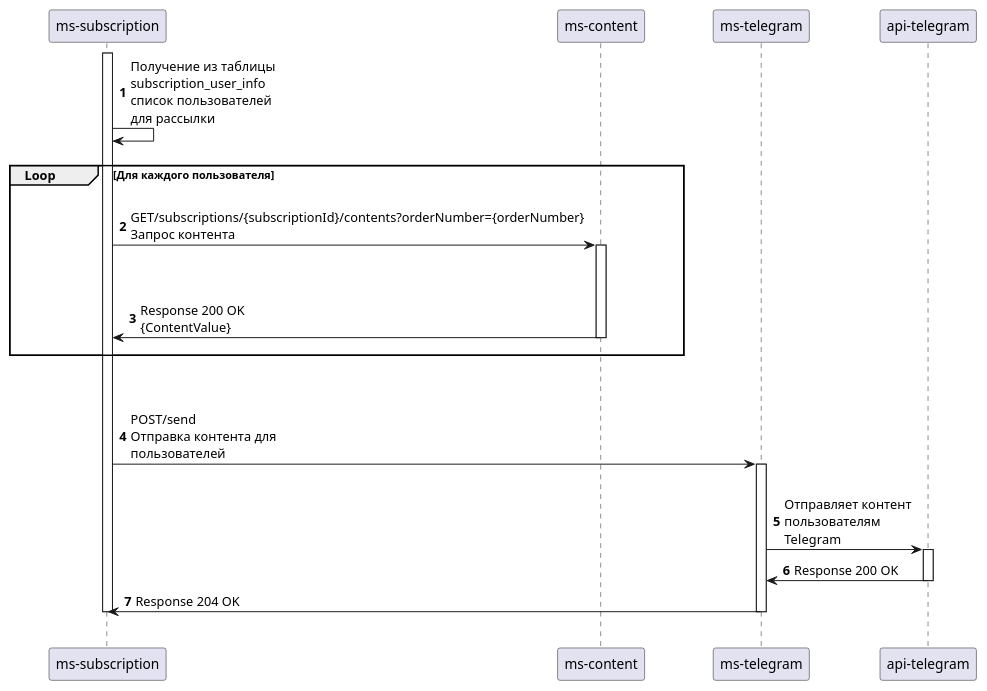
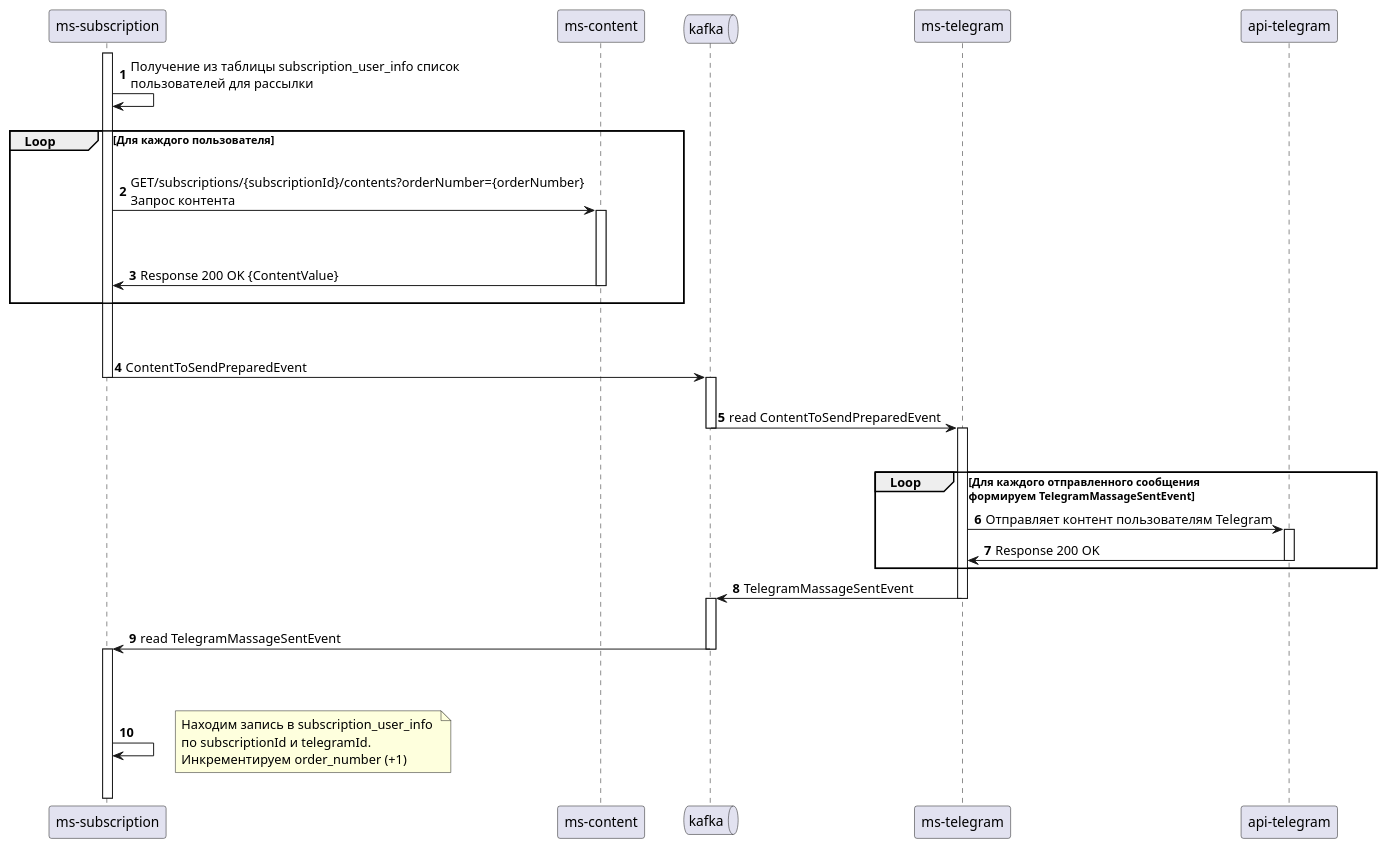
Before and after one commit to SomeTechStudio/lib-api: the diagram in sequence/Subscription.plantuml, drawn with PlantUML. The commit also changed 6 other files, not shown here.

Commit message:
Feature/SP-17 Изменили sequence диаграмму (добавили kafka). отредактировали api

```diff
--- a/sequence/Subscription.plantuml
+++ b/sequence/Subscription.plantuml
@@ -1,43 +1,63 @@
 @startuml Subscription
 autonumber
 skinparam {
-    MaxMessageSize 150
+    MaxMessageSize 420
     BoxPadding 10   
     }
 skinparam sequence {
     ParticipantPadding 30
     MessageAlign left
 }
 
 participant "ms-subscription" as Sb order 10
 participant "ms-content" as Cn order 40
-participant "ms-telegram" as Tgm order 60
-participant "api-telegram" as Api order 80
+queue "kafka" as Kf order 150
+participant "ms-telegram" as Tgm order 150
+participant "api-telegram" as Api order 200
 
 activate Sb
 Sb -> Sb: Получение из таблицы subscription_user_info список пользователей для рассылки
 ||10||
 group   Loop    [Для каждого пользователя]
     ||20||
     Sb -> Cn: GET/subscriptions/{subscriptionId}/contents?orderNumber={orderNumber}\nЗапрос контента
     activate Cn
     ||45||
     Cn -> Sb: Response 200 OK {ContentValue}
     ||10||
     deactivate Cn
     end
 ||45||
 
-Sb -> Tgm: POST/send \nОтправка контента для пользователей
+Sb -> Kf: ContentToSendPreparedEvent
+deactivate Sb
+
+||20||
+activate Kf
+Kf -> Tgm: read ContentToSendPreparedEvent
+
+||30||
+deactivate Kf
 activate Tgm
+group Loop [Для каждого отправленного сообщения \nформируем TelegramMassageSentEvent]
+    Tgm -> Api: Отправляет контент пользователям Telegram
+    activate Api
+    Api -> Tgm: Response 200 OK
+    deactivate Api
+    end
+
+Tgm -> Kf: TelegramMassageSentEvent
 ||20||
-Tgm -> Api: Отправляет контент пользователям Telegram
-activate Api
-Api -> Tgm: Response 200 OK
-deactivate Api
-Tgm -> Sb: Response 204 OK
+deactivate Tgm
+activate Kf
+
+Kf -> Sb: read TelegramMassageSentEvent
+deactivate Kf
+activate Sb
+||50||
+Sb -> Sb:
+note right : Находим запись в subscription_user_info \nпо subscriptionId и telegramId. \nИнкрементируем order_number (+1)
 ||20||
-deactivate Sb
-deactivate Tgm
+
 
 @enduml
```
